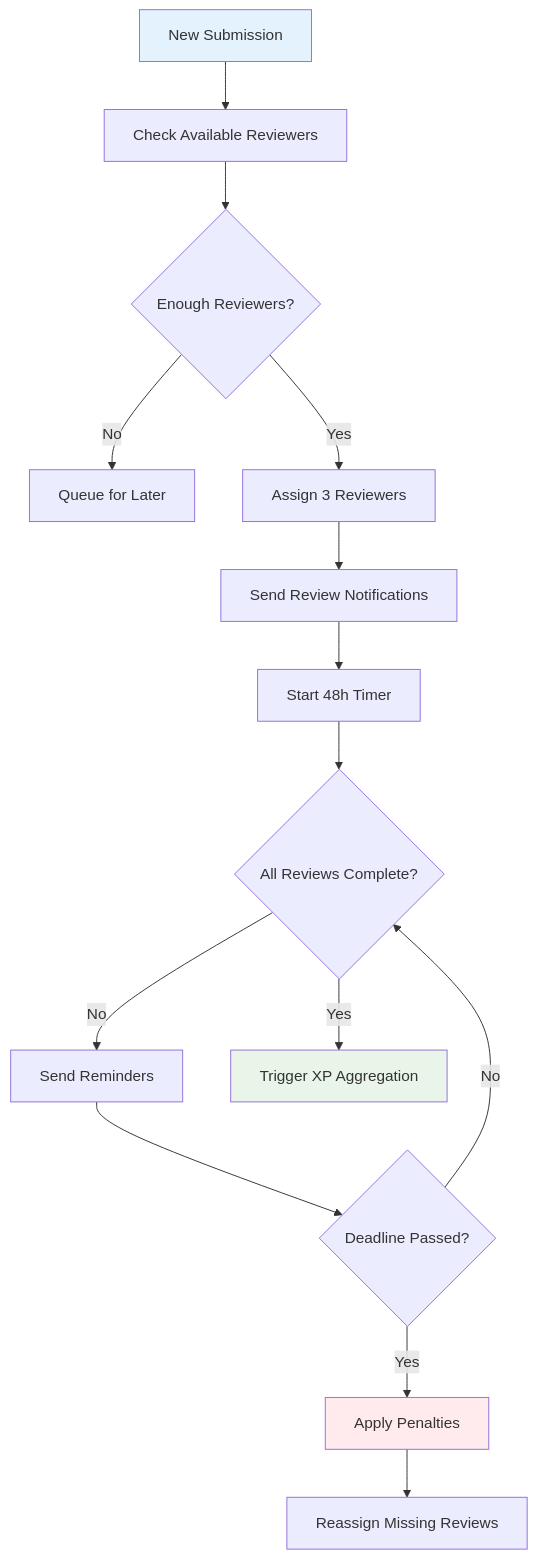
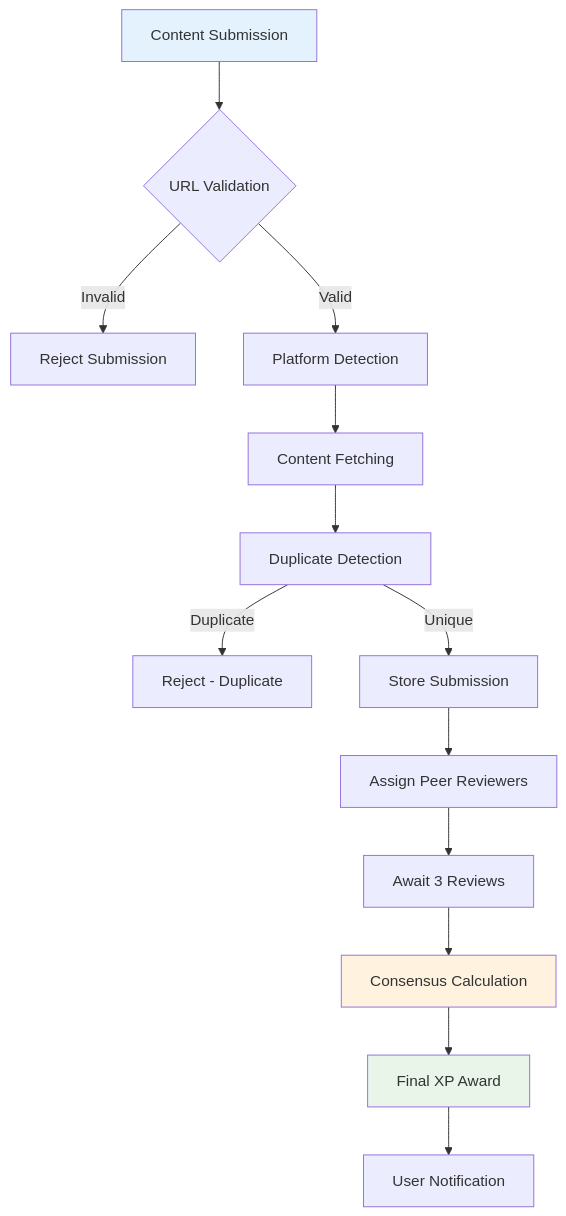
The seventh of 8 diagrams in ARCHITECTURE.md (dimzachar/ScholarsXP), drawn with Mermaid before and after one commit. The commit also changed other lines of this file, not shown here.

First line of the commit message:
docs: update architecture documentation with blockchain and wallet integration

````diff
--- a/ARCHITECTURE.md
+++ b/ARCHITECTURE.md
@@ -642,20 +336,19 @@
 ```mermaid
 flowchart TD
-    A[New Submission] --> B[Check Available Reviewers]
-    B --> C{Enough Reviewers?}
-    C -->|No| D[Queue for Later]
-    C -->|Yes| E[Assign 3 Reviewers]
-    E --> F[Send Review Notifications]
-    F --> G[Start 48h Timer]
-    G --> H{All Reviews Complete?}
-    H -->|No| I[Send Reminders]
-    H -->|Yes| J[Trigger XP Aggregation]
-    I --> K{Deadline Passed?}
-    K -->|No| H
-    K -->|Yes| L[Apply Penalties]
-    L --> M[Reassign Missing Reviews]
-
+    A[Content Submission] --> B{URL Validation}
+    B -->|Invalid| C[Reject Submission]
+    B -->|Valid| D[Platform Detection]
+    D --> E[Content Fetching]
+    E --> F[Duplicate Detection]
+    F -->|Duplicate| G[Reject - Duplicate]
+    F -->|Unique| H[Store Submission]
+    H --> I[Assign Peer Reviewers]
+    I --> J[Await 3 Reviews]
+    J --> K[Consensus Calculation]
+    K --> L[Final XP Award]
+    L --> M[User Notification]
+    
     style A fill:#e3f2fd
-    style J fill:#e8f5e8
-    style L fill:#ffebee
+    style K fill:#fff3e0
+    style L fill:#e8f5e8
 ```
````
